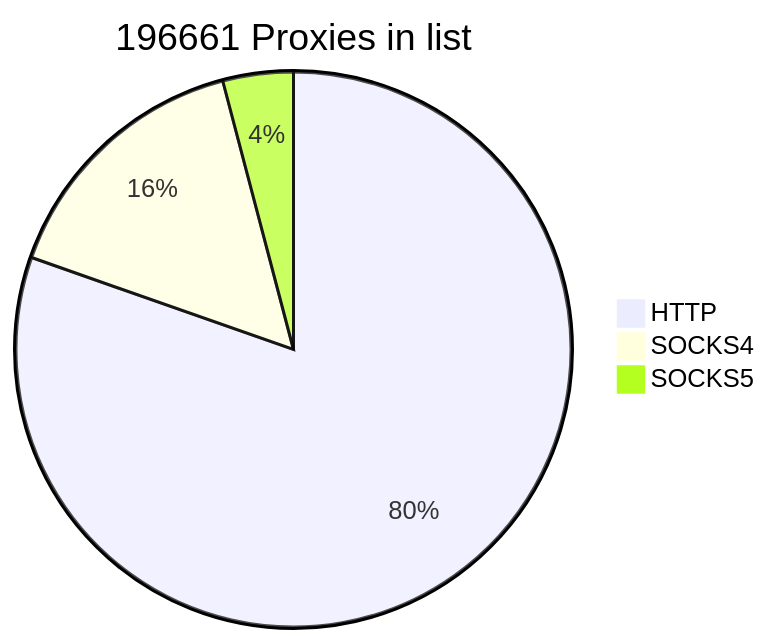
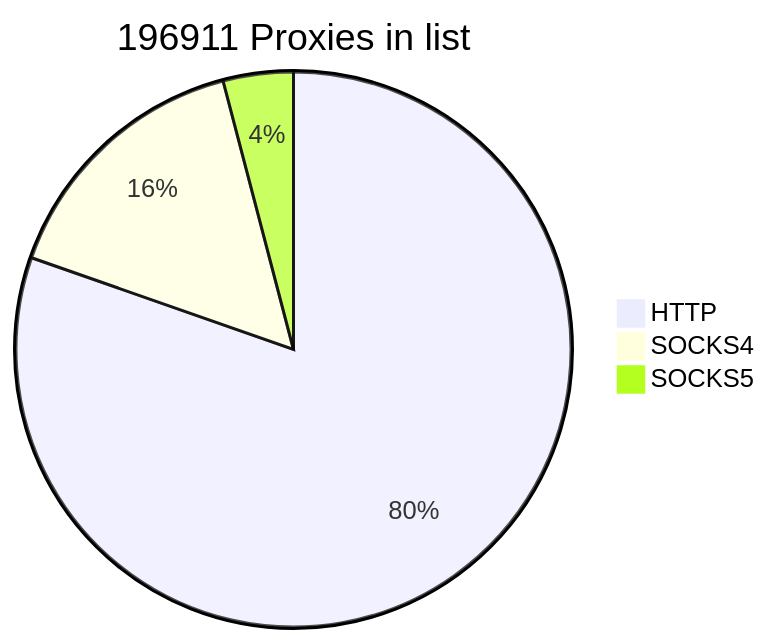
One commit to cutipu/proxylist changed the first of 2 diagrams in README.md. Above: the diagram before and after it, drawn with Mermaid. The commit also changed other lines of this file, not shown here.

````diff
--- a/README.md
+++ b/README.md
@@ -2,7 +2,7 @@
 ```mermaid
-pie title 196661 Proxies in list
-    "HTTP" : 158071
-    "SOCKS4" : 30529
-    "SOCKS5" : 8061
+pie title 196911 Proxies in list
+    "HTTP" : 158246
+    "SOCKS4" : 30631
+    "SOCKS5" : 8034
             
 ```
````
